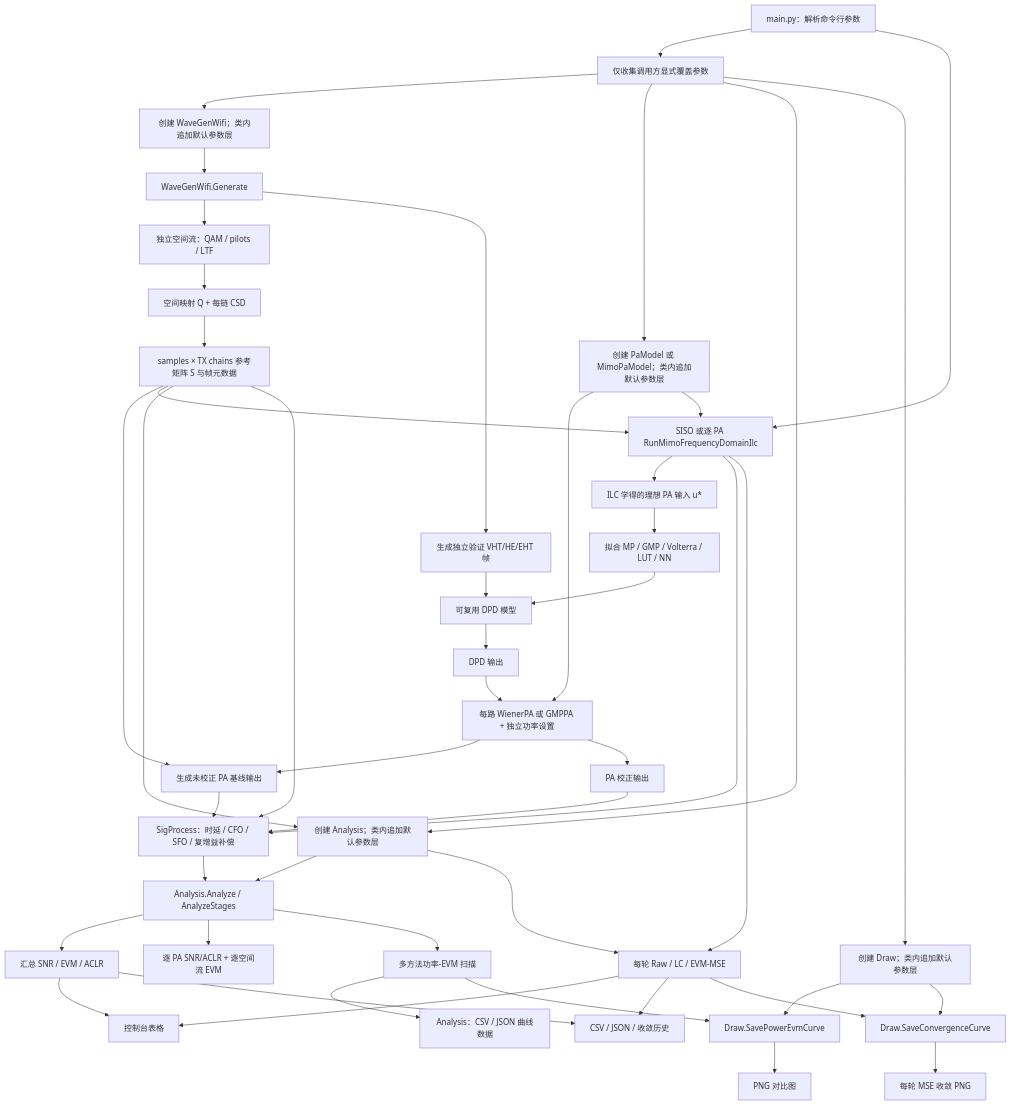
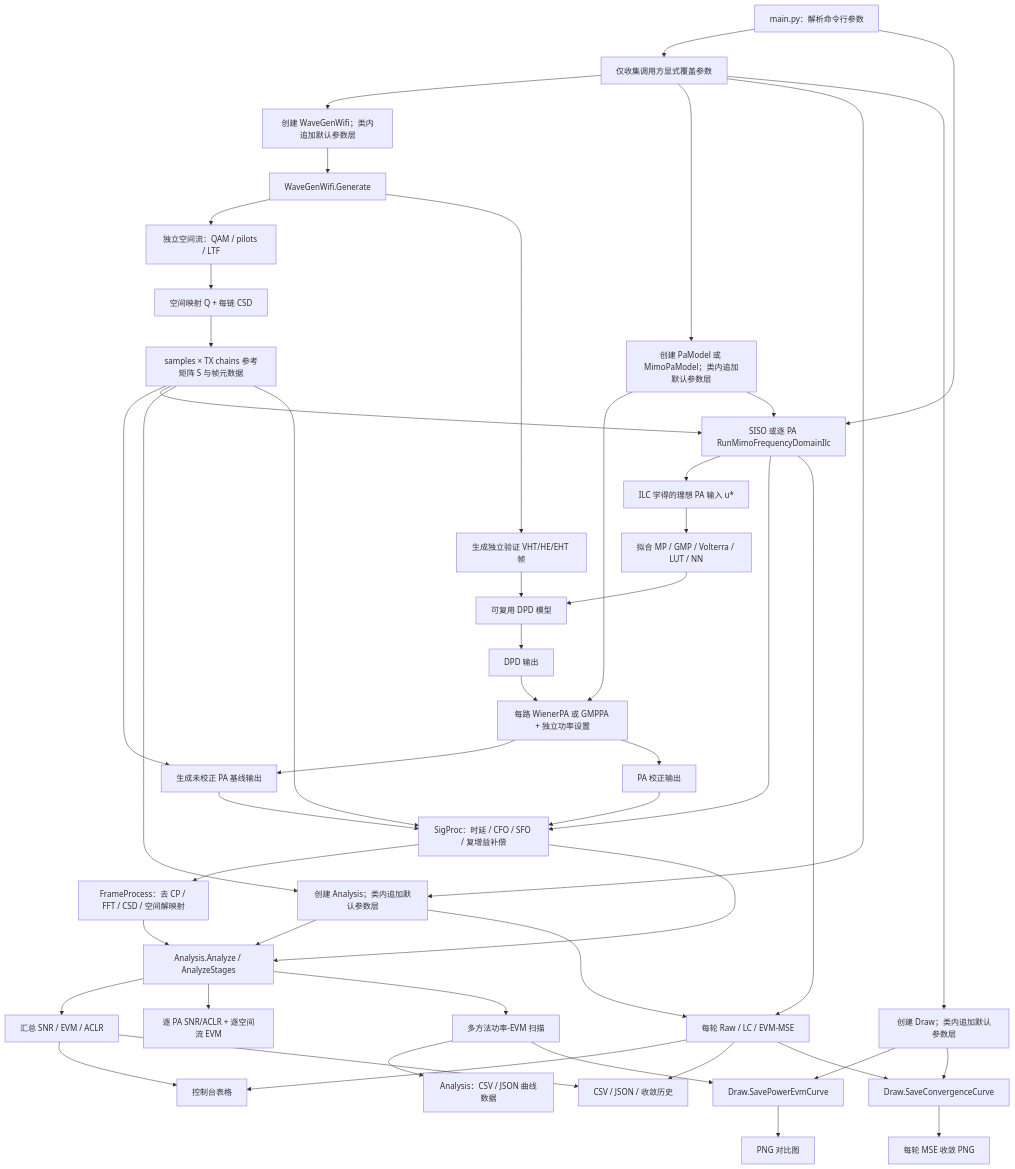
One commit to niyilu45/DPD_ILC changed the first of 11 diagrams in README.md. Above: the diagram before and after it, drawn with Mermaid. The commit also changed other lines of this file and 19 other files, not shown here.

Commit message:
Refactor signal and frame processing modules

````diff
--- a/README.md
+++ b/README.md
@@ -42,54 +46,56 @@
 ```mermaid
 flowchart TD
     start["main.py：解析命令行参数"] --> overrideMap["仅收集调用方显式覆盖参数"]
     overrideMap --> wifiGenerator["创建 WaveGenWifi；类内追加默认参数层"]
     wifiGenerator --> waveGenWifi["WaveGenWifi.Generate"]
     waveGenWifi --> streams["独立空间流：QAM / pilots / LTF"]
     streams --> spatialMap["空间映射 Q + 每链 CSD"]
     spatialMap --> reference["samples × TX chains 参考矩阵 S 与帧元数据"]
 
     overrideMap --> paModel["创建 PaModel 或 MimoPaModel；类内追加默认参数层"]
     paModel --> paImplementation["每路 WienerPA 或 GMPPA + 独立功率设置"]
     reference --> baseline["生成未校正 PA 基线输出"]
     paImplementation --> baseline
 
     start --> frequencyIlc["SISO 或逐 PA RunMimoFrequencyDomainIlc"]
     reference --> frequencyIlc
     paModel --> frequencyIlc
 
     frequencyIlc --> learnedInput["ILC 学得的理想 PA 输入 u*"]
     learnedInput --> deployFit["拟合 MP / GMP / Volterra / LUT / NN"]
     deployFit --> deployedDpd["可复用 DPD 模型"]
 
     waveGenWifi --> validation["生成独立验证 VHT/HE/EHT 帧"]
     validation --> deployedDpd
     deployedDpd --> predistortedInput["DPD 输出"]
     predistortedInput --> paImplementation
     paImplementation --> correctedOutput["PA 校正输出"]
 
     overrideMap --> analysis["创建 Analysis；类内追加默认参数层"]
     reference --> analysis
-    reference --> signalProcess["SigProcess：时延 / CFO / SFO / 复增益补偿"]
-    baseline --> signalProcess
-    frequencyIlc --> signalProcess
-    correctedOutput --> signalProcess
-    signalProcess --> analysisMethod["Analysis.Analyze / AnalyzeStages"]
+    reference --> sigProc["SigProc：时延 / CFO / SFO / 复增益补偿"]
+    baseline --> sigProc
+    frequencyIlc --> sigProc
+    correctedOutput --> sigProc
+    sigProc --> frameProcess["FrameProcess：去 CP / FFT / CSD / 空间解映射"]
+    sigProc --> analysisMethod["Analysis.Analyze / AnalyzeStages"]
+    frameProcess --> analysisMethod
     analysis --> analysisMethod
     analysisMethod --> metrics["汇总 SNR / EVM / ACLR"]
     analysisMethod --> mimoMetrics["逐 PA SNR/ACLR + 逐空间流 EVM"]
     analysisMethod --> powerCurve["多方法功率-EVM 扫描"]
     metrics --> console["控制台表格"]
     metrics --> files["CSV / JSON / 收敛历史"]
     frequencyIlc --> iterationMse["每轮 Raw / LC / EVM-MSE"]
     analysis --> iterationMse
     iterationMse --> console
     iterationMse --> files
     powerCurve --> curveData["Analysis：CSV / JSON 曲线数据"]
     overrideMap --> draw["创建 Draw；类内追加默认参数层"]
     powerCurve --> drawMethod["Draw.SavePowerEvmCurve"]
     draw --> drawMethod
     drawMethod --> curveFigure["PNG 对比图"]
     iterationMse --> convergenceDraw["Draw.SaveConvergenceCurve"]
     draw --> convergenceDraw
     convergenceDraw --> convergenceFigure["每轮 MSE 收敛 PNG"]
 ```
````
